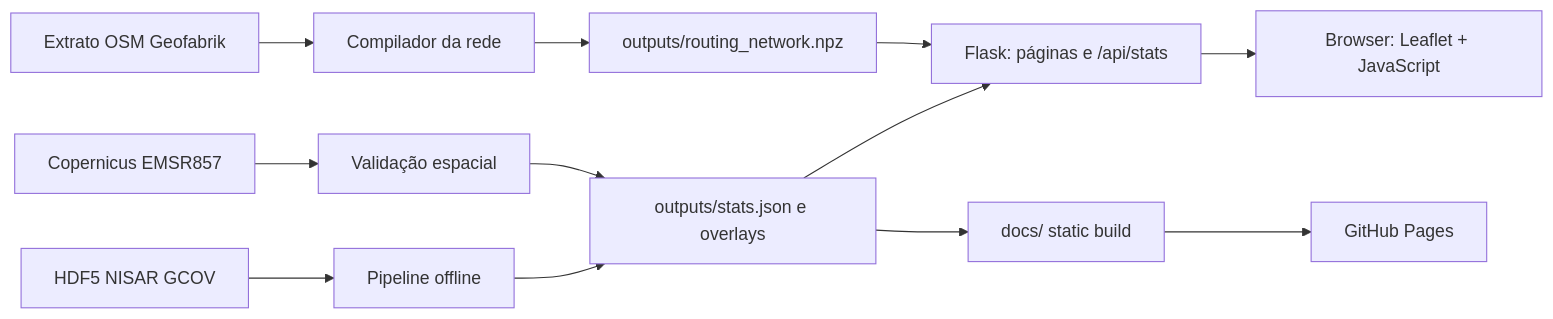
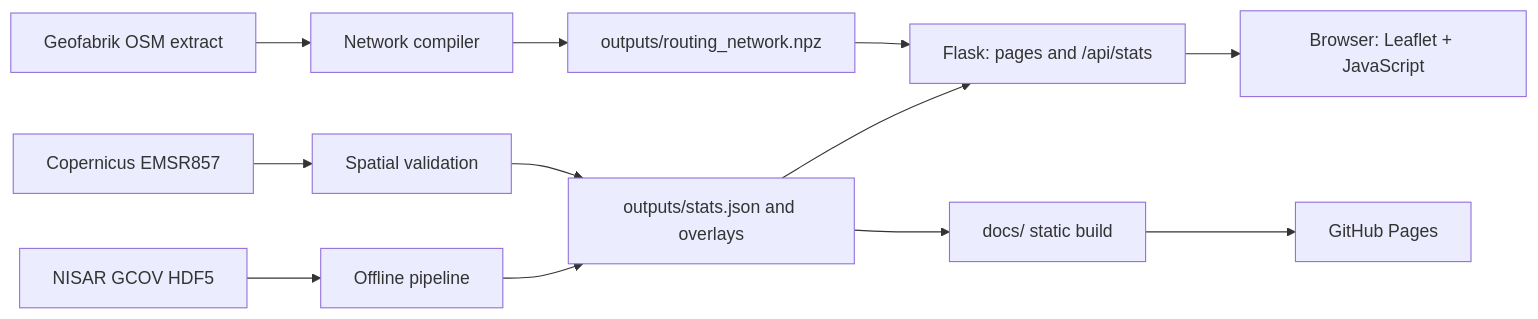
One commit to Davghost/Oracle-Sarvia-Nasa-Hackathon changed the diagram in docs/technical/architecture.md. Above: the diagram before and after it, drawn with Mermaid. The commit also changed other lines of this file and 53 other files, not shown here.

````diff
--- a/docs/technical/architecture.md
+++ b/docs/technical/architecture.md
@@ -8,14 +8,14 @@
 ```mermaid
 flowchart LR
-  H5[HDF5 NISAR GCOV] --> P[Pipeline offline]
-  EMS[Copernicus EMSR857] --> V[Validação espacial]
-  OSM[Extrato OSM Geofabrik] --> R[Compilador da rede]
-  P --> S[outputs/stats.json e overlays]
+  H5[NISAR GCOV HDF5] --> P[Offline pipeline]
+  EMS[Copernicus EMSR857] --> V[Spatial validation]
+  OSM[Geofabrik OSM extract] --> R[Network compiler]
+  P --> S[outputs/stats.json and overlays]
   V --> S
   R --> N[outputs/routing_network.npz]
-  S --> F[Flask: páginas e /api/stats]
+  S --> F[Flask: pages and /api/stats]
   N --> F
   F --> B[Browser: Leaflet + JavaScript]
   S --> D[docs/ static build]
   D --> G[GitHub Pages]
 ```
````
